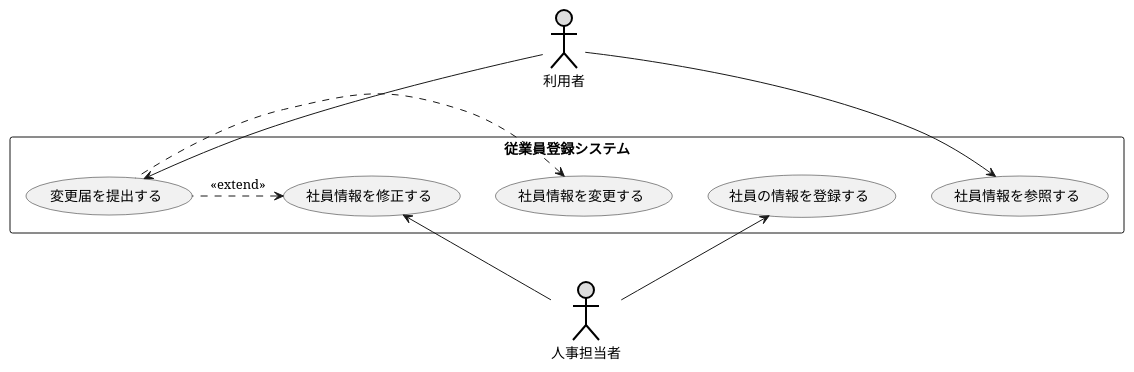
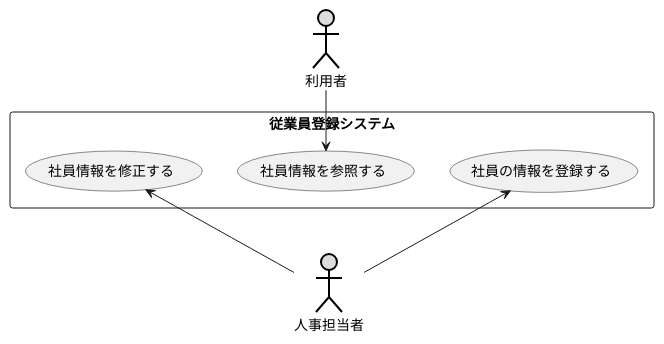
One commit to kazuki220/uml-introduction changed the diagram in 演習2-6_盛岡システム_従業員登録システム.pu. Above: the diagram before and after it, drawn with PlantUML.

Commit message:
演習2-6の修正

```diff
--- a/演習2-6_盛岡システム_従業員登録システム.pu
+++ b/演習2-6_盛岡システム_従業員登録システム.pu
@@ -1,19 +1,13 @@
 @startuml ユースケース図
 ' left to right direction
 actor 利用者 #DDDDDD;line:black;line.bold;
 actor 人事担当者 #DDDDDD;line:black;line.bold;
 rectangle 従業員登録システム {
     usecase 社員の情報を登録する
     usecase 社員情報を参照する
-    usecase 変更届を提出する
     usecase 社員情報を修正する
-    usecase 社員情報を変更する
 }
 利用者 --> 社員情報を参照する
-利用者 --> 変更届を提出する
 社員の情報を登録する <-- 人事担当者
 社員情報を修正する<-- 人事担当者
-社員情報を修正する <. 変更届を提出する  : <<extend>>
-社員情報を変更する <. 変更届を提出する
-
 @enduml
```
